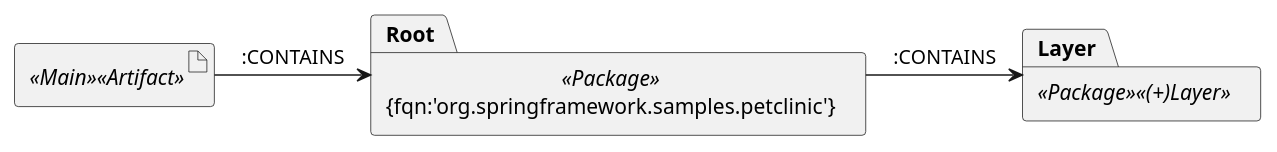
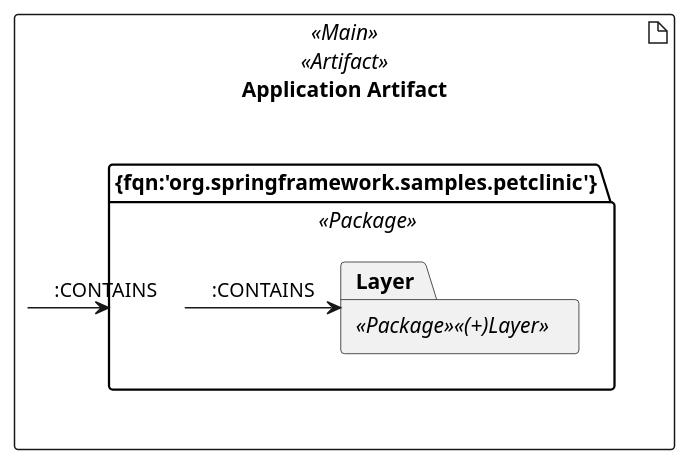
One commit to murdos/spring-petclinic changed the diagram in jqassistant/layer.adoc. Above: the diagram before and after it, drawn with PlantUML. The commit also changed 1 other file, not shown here.

Commit message:
upgraded to jQA 1.9.0-SNAPSHOT

```diff
--- a/jqassistant/layer.adoc
+++ b/jqassistant/layer.adoc
@@ -11,14 +11,16 @@
 [plantuml,layer,role=concept]
 ----
 @startuml
 skinparam componentStyle uml2
 
-artifact " " as Main <<Main>> <<Artifact>>
-package "{fqn:'org.springframework.samples.petclinic'}" as Root <<Package>>
-package "Layer" as Layer <<Package>><<(+)Layer>>
+artifact "Application Artifact" as Main <<Main>> <<Artifact>> {
+  package "{fqn:'org.springframework.samples.petclinic'}" as Root <<Package>> {
+    package "Layer" as Layer <<Package>><<(+)Layer>>
+  }
+}
 
-Main -> Root :  :CONTAINS
+Main -> Root  :  :CONTAINS
 Root -> Layer : :CONTAINS
 
 @enduml
 ----
```
